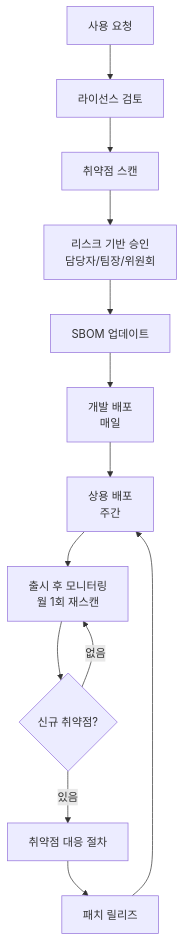
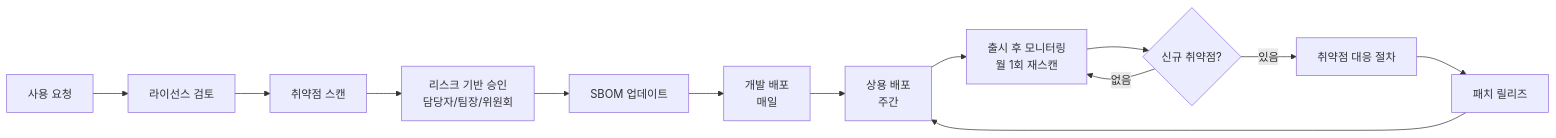
The fourth of 4 diagrams in website/reference/samples/process.md (trustedoss/trustedoss.github.io), drawn with Mermaid before and after one commit. The commit also changed other lines of this file and 25 other files, not shown here.

````diff
--- a/website/reference/samples/process.md
+++ b/website/reference/samples/process.md
@@ -629,15 +688,15 @@
 ```mermaid
-graph TD
+graph LR
     A[사용 요청] --> B[라이선스 검토]
     B --> C[취약점 스캔]
     C --> D[리스크 기반 승인\n담당자/팀장/위원회]
     D --> E[SBOM 업데이트]
     E --> F[개발 배포\n매일]
     F --> G[상용 배포\n주간]
     G --> H[출시 후 모니터링\n월 1회 재스캔]
     H --> I{신규 취약점?}
     I -->|있음| J[취약점 대응 절차]
     J --> K[패치 릴리즈]
     K --> G
     I -->|없음| H
 ```
````
